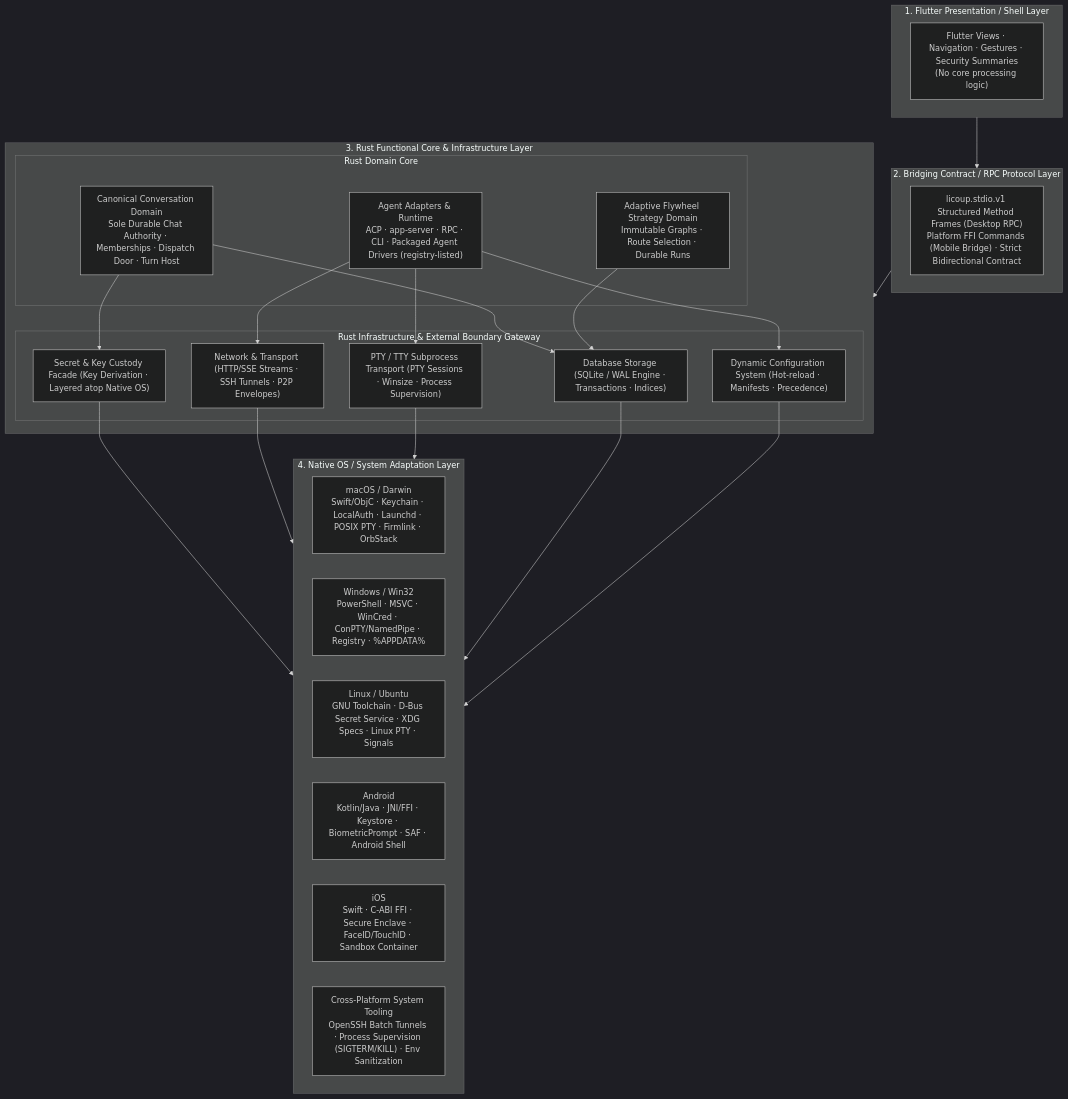
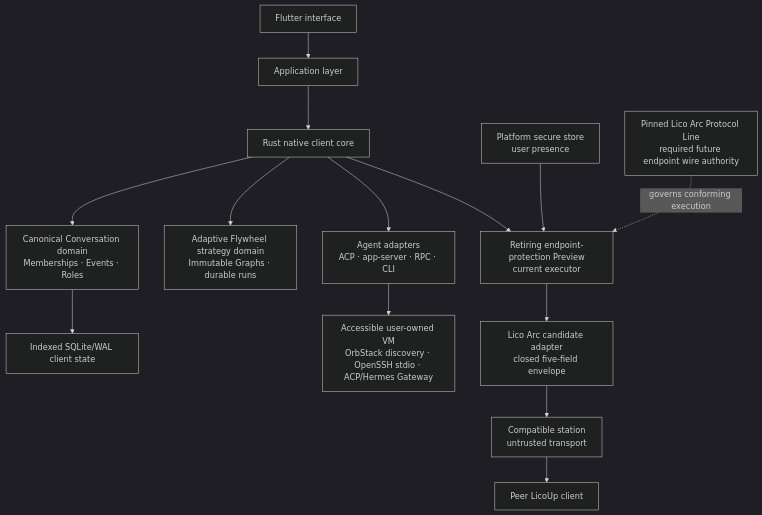
One commit to LicoLand/LicoUp changed the first of 3 diagrams in docs/architecture/README.md. Above: the diagram before and after it, drawn with Mermaid (dark theme). The commit also changed other lines of this file and 953 other files, not shown here.

````diff
--- a/docs/architecture/README.md
+++ b/docs/architecture/README.md
@@ -51,50 +28,16 @@
 ```mermaid
 flowchart TB
-    subgraph LAYER1["1. Flutter Presentation / Shell Layer"]
-        UI["Flutter Views · Navigation · Gestures · Security Summaries<br/>(No core processing logic)"]
-    end
-
-    subgraph LAYER2["2. Bridging Contract / RPC Protocol Layer"]
-        BRIDGE["licoup.stdio.v1 Structured Method Frames (Desktop RPC)<br/>Platform FFI Commands (Mobile Bridge) · Strict Bidirectional Contract"]
-    end
-
-    subgraph LAYER3["3. Rust Functional Core & Infrastructure Layer"]
-        subgraph DOMAIN_BOX["Rust Domain Core"]
-            CONVERSATIONS["Canonical Conversation Domain<br/>Sole Durable Chat Authority · Memberships · Dispatch Door · Turn Host"]
-            STRATEGIES["Adaptive Flywheel Strategy Domain<br/>Immutable Graphs · Route Selection · Durable Runs"]
-            AGENTS["Agent Adapters & Runtime<br/>ACP · app-server · RPC · CLI · Packaged Agent Drivers (registry-listed)"]
-        end
-
-        subgraph INFRA_BOX["Rust Infrastructure & External Boundary Gateway"]
-            DB_STORAGE["Database Storage (SQLite / WAL Engine · Transactions · Indices)"]
-            DYNAMIC_CONFIG["Dynamic Configuration System (Hot-reload · Manifests · Precedence)"]
-            SECRET_CUSTODY["Secret & Key Custody Facade (Key Derivation · Layered atop Native OS)"]
-            NET_TRANSPORT["Network & Transport (HTTP/SSE Streams · SSH Tunnels · P2P Envelopes)"]
-            PTY_TRANSPORT["PTY / TTY Subprocess Transport (PTY Sessions · Winsize · Process Supervision)"]
-        end
-
-        CONVERSATIONS --> DB_STORAGE
-        STRATEGIES --> DB_STORAGE
-        AGENTS --> NET_TRANSPORT
-        AGENTS --> PTY_TRANSPORT
-        CONVERSATIONS --> SECRET_CUSTODY
-        AGENTS --> DYNAMIC_CONFIG
-    end
-
-    subgraph LAYER4["4. Native OS / System Adaptation Layer"]
-        MACOS["macOS / Darwin<br/>Swift/ObjC · Keychain · LocalAuth · Launchd · POSIX PTY · Firmlink · OrbStack"]
-        WINDOWS["Windows / Win32<br/>PowerShell · MSVC · WinCred · ConPTY/NamedPipe · Registry · %APPDATA%"]
-        LINUX["Linux / Ubuntu<br/>GNU Toolchain · D-Bus Secret Service · XDG Specs · Linux PTY · Signals"]
-        ANDROID["Android<br/>Kotlin/Java · JNI/FFI · Keystore · BiometricPrompt · SAF · Android Shell"]
-        IOS["iOS<br/>Swift · C-ABI FFI · Secure Enclave · FaceID/TouchID · Sandbox Container"]
-        COMMON_OS["Cross-Platform System Tooling<br/>OpenSSH Batch Tunnels · Process Supervision (SIGTERM/KILL) · Env Sanitization"]
-    end
-
-    LAYER1 --> LAYER2
-    LAYER2 --> LAYER3
-    SECRET_CUSTODY --> LAYER4
-    NET_TRANSPORT --> LAYER4
-    PTY_TRANSPORT --> LAYER4
-    DB_STORAGE --> LAYER4
-    DYNAMIC_CONFIG --> LAYER4
+    UI["Flutter interface"] --> APP["Application layer"]
+    APP --> CORE["Rust native client core"]
+    CORE --> CONVERSATIONS["Canonical Conversation domain<br/>Memberships · Events · Roles"]
+    CORE --> STRATEGIES["Adaptive Flywheel strategy domain<br/>Immutable Graphs · durable runs"]
+    CONVERSATIONS --> STORE["Indexed SQLite/WAL client state"]
+    CORE --> AGENTS["Agent adapters<br/>ACP · app-server · RPC · CLI"]
+    AGENTS --> VM["Accessible user-owned VM<br/>OrbStack discovery · OpenSSH stdio · ACP/Hermes Gateway"]
+    CORE --> MESH["Retiring endpoint-protection Preview<br/>current executor"]
+    MESH --> ARC["Lico Arc candidate adapter<br/>closed five-field envelope"]
+    ARC --> STATION["Compatible station<br/>untrusted transport"]
+    STATION --> PEER["Peer LicoUp client"]
+    KEYS["Platform secure store<br/>user presence"] --> MESH
+    LINE["Pinned Lico Arc Protocol Line<br/>required future endpoint wire authority"] -. "governs conforming execution" .-> MESH
 ```
````
